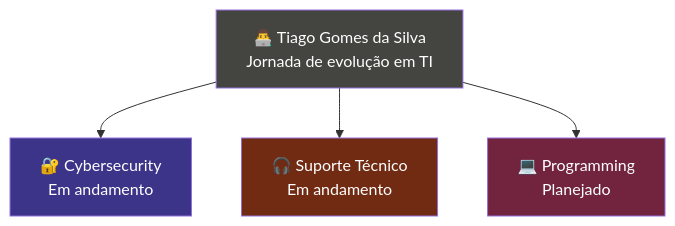
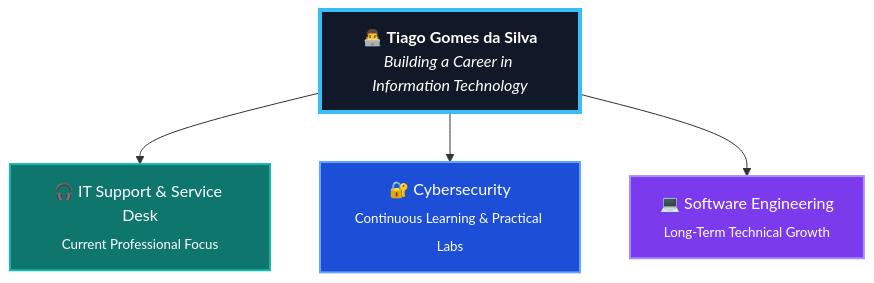
One commit to TiagoSilva00/TiagoSilva00 changed the diagram in README.md. Above: the diagram before and after it, drawn with Mermaid. The commit also changed other lines of this file, not shown here.

````diff
--- a/README.md
+++ b/README.md
@@ -44,12 +44,17 @@
 ```mermaid
 graph TD
-    A[👨‍💻 Tiago Gomes da Silva<br/>Jornada de evolução em TI]
-    A --> B[🔐 Cybersecurity<br/>Em andamento]
-    A --> C[🎧 Suporte Técnico<br/>Em andamento]
-    A --> D[💻 Programming<br/>Planejado]
 
-    style A fill:#444441,color:#fff
-    style B fill:#3c3489,color:#fff
-    style C fill:#712b13,color:#fff
-    style D fill:#72243e,color:#fff
+    A["👨‍💻 <b>Tiago Gomes da Silva</b><br/><i>Building a Career in Information Technology</i>"]
+
+    A --> B["🎧 IT Support & Service Desk<br/><sub>Current Professional Focus</sub>"]
+
+    A --> C["🔐 Cybersecurity<br/><sub>Continuous Learning & Practical Labs</sub>"]
+
+    A --> D["💻 Software Engineering<br/><sub>Long-Term Technical Growth</sub>"]
+
+    style A fill:#111827,color:#ffffff,stroke:#38BDF8,stroke-width:4px
+
+    style B fill:#0F766E,color:#ffffff,stroke:#14B8A6,stroke-width:2px
+    style C fill:#1D4ED8,color:#ffffff,stroke:#60A5FA,stroke-width:2px
+    style D fill:#7C3AED,color:#ffffff,stroke:#A78BFA,stroke-width:2px
 ```
````
